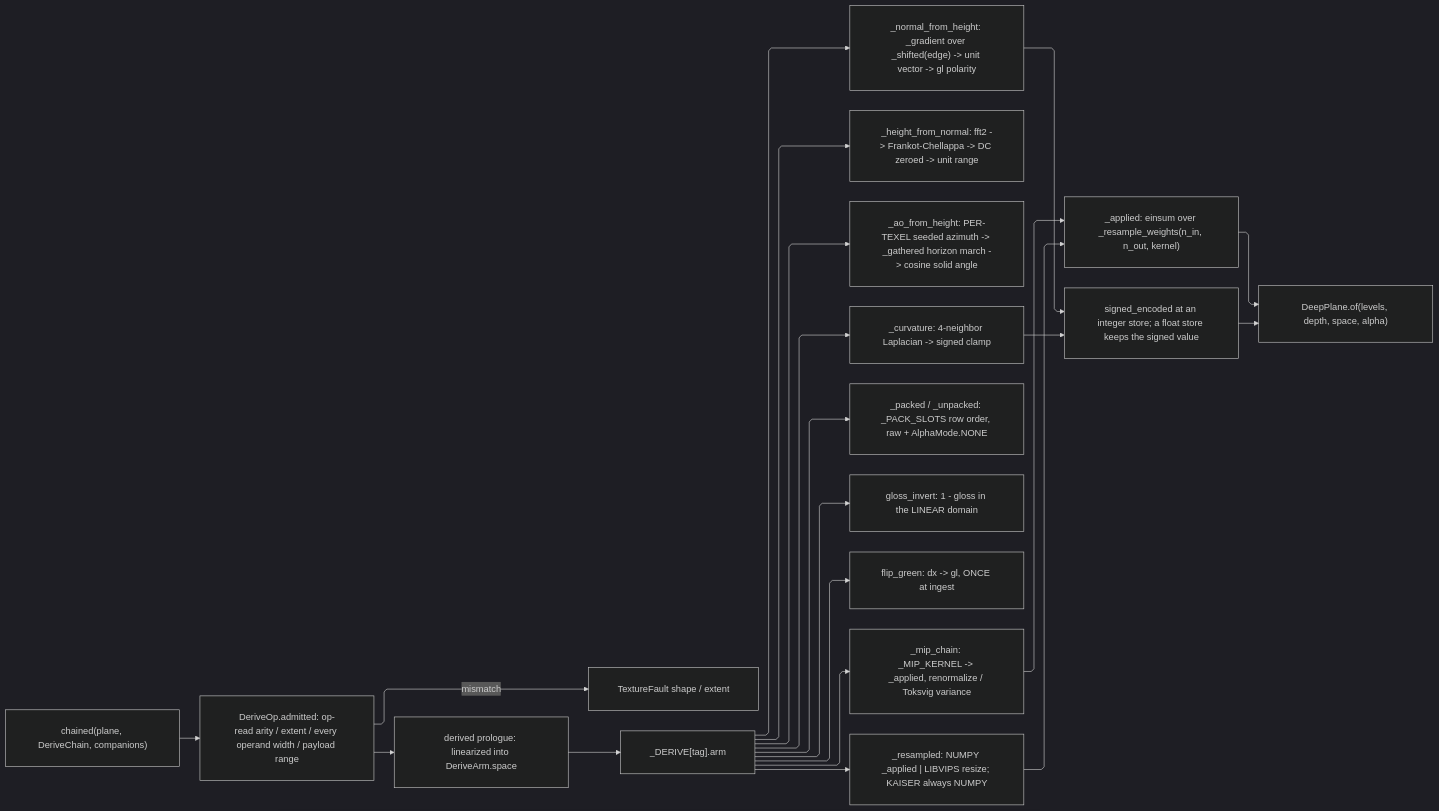
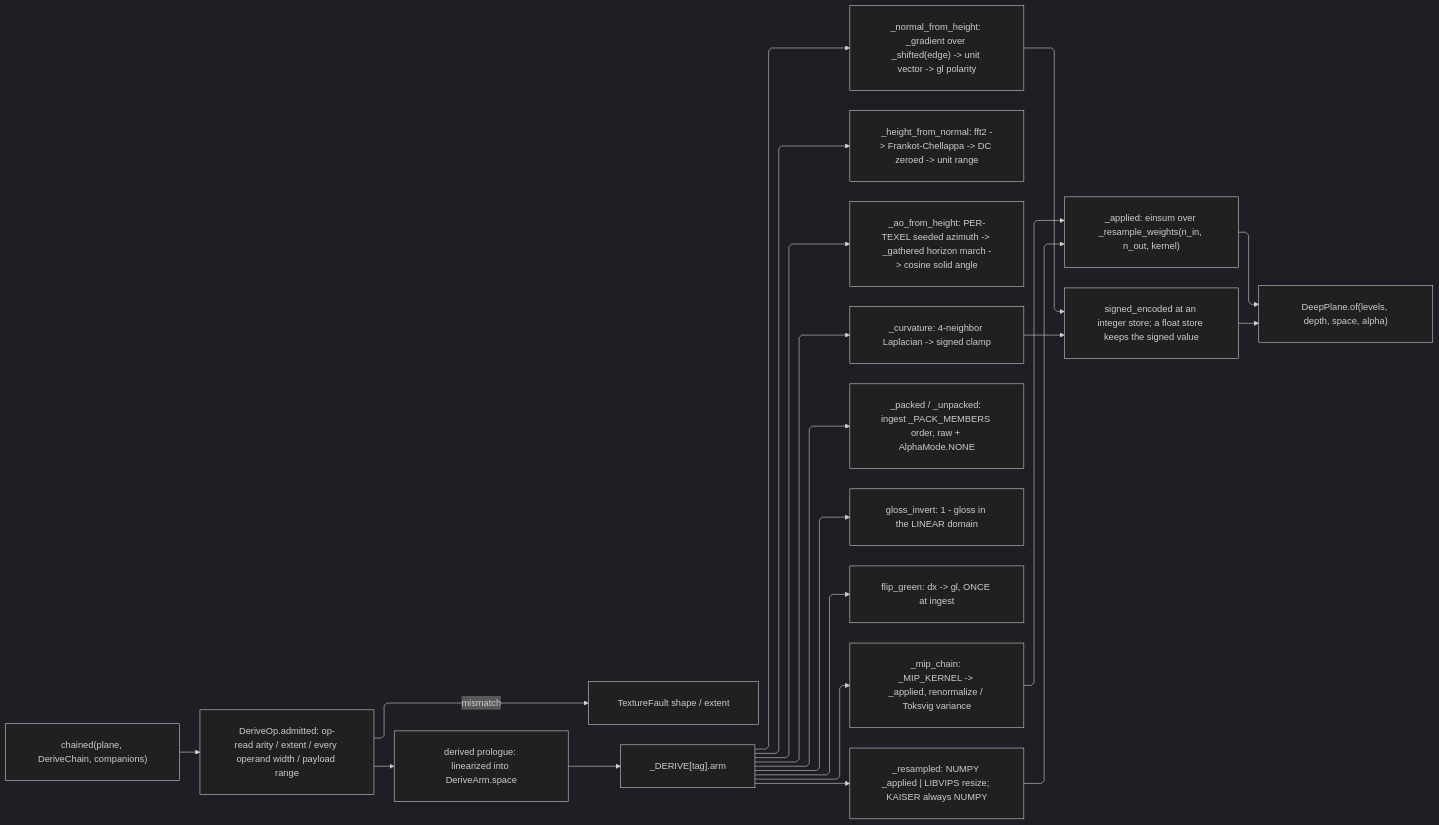
Before and after one commit to bsamiee/Rasm: the diagram in libs/python/artifacts/.planning/graphic/texture/derive.md, drawn with Mermaid (dark theme). The commit also changed other lines of this file and 236 other files, not shown here.

````diff
--- a/libs/python/artifacts/.planning/graphic/texture/derive.md
+++ b/libs/python/artifacts/.planning/graphic/texture/derive.md
@@ -558,31 +605,31 @@
 ```mermaid
 ---
 config:
   layout: elk
   flowchart:
     curve: linear
     padding: 25
 ---
 flowchart LR
     accTitle: Texture derivation flow
     accDescr: A DeriveChain entering admission over op arity, extent, operand width, and payload range, dispatching through the _DERIVE row table into the numeric kernels, and returning the signed-remapped Plane.
     Chain["chained(plane, DeriveChain, companions)"] --> Admit["DeriveOp.admitted: op-read arity / extent / every operand width / payload range"]
     Admit -->|"mismatch"| Fault["TextureFault shape / extent"]
     Admit --> Pro["derived prologue: linearized into DeriveArm.space"]
     Pro --> Disp["_DERIVE[tag].arm"]
     Disp --> NH["_normal_from_height: _gradient over _shifted(edge) -> unit vector -> gl polarity"]
     Disp --> HN["_height_from_normal: fft2 -> Frankot-Chellappa -> DC zeroed -> unit range"]
     Disp --> AO["_ao_from_height: PER-TEXEL seeded azimuth -> _gathered horizon march -> cosine solid angle"]
     Disp --> CV["_curvature: 4-neighbor Laplacian -> signed clamp"]
-    Disp --> PK["_packed / _unpacked: _PACK_SLOTS row order, raw + AlphaMode.NONE"]
+    Disp --> PK["_packed / _unpacked: ingest _PACK_MEMBERS order, raw + AlphaMode.NONE"]
     Disp --> GI["gloss_invert: 1 - gloss in the LINEAR domain"]
     Disp --> FG["flip_green: dx -> gl, ONCE at ingest"]
     Disp --> MC["_mip_chain: _MIP_KERNEL -> _applied, renormalize / Toksvig variance"]
     Disp --> RS["_resampled: NUMPY _applied | LIBVIPS resize; KAISER always NUMPY"]
     MC --> W["_applied: einsum over _resample_weights(n_in, n_out, kernel)"]
     RS --> W
     W --> Out["DeepPlane.of(levels, depth, space, alpha)"]
     NH --> Sig["signed_encoded at an integer store; a float store keeps the signed value"]
     CV --> Sig
     Sig --> Out
 ```
````
